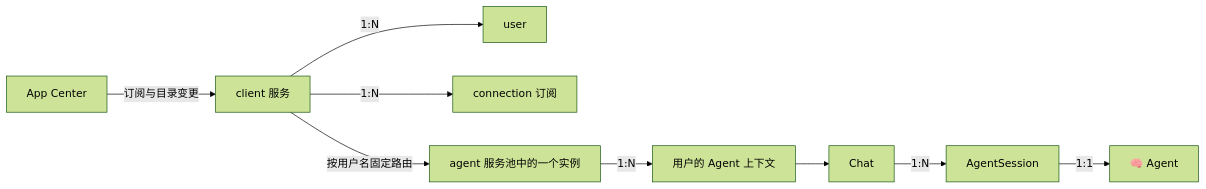
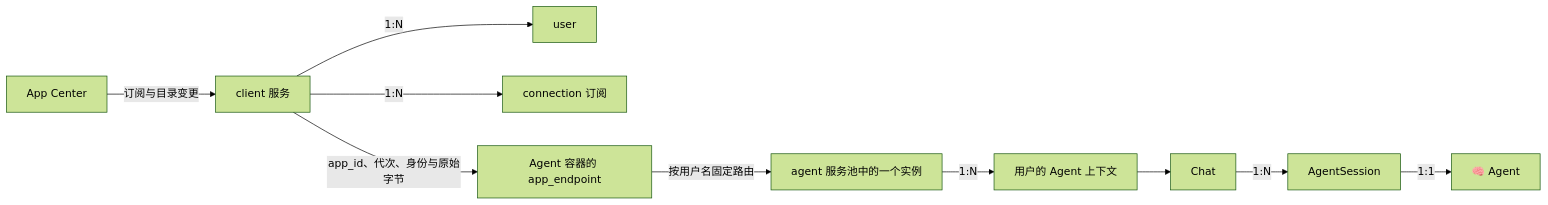
The first of 2 diagrams in docs/architecture/AGENT_GATEWAY.md (dingdalong/skynet_agent), drawn with Mermaid (forest theme) before and after one commit. The commit also changed other lines of this file and 94 other files, not shown here.

````diff
--- a/docs/architecture/AGENT_GATEWAY.md
+++ b/docs/architecture/AGENT_GATEWAY.md
@@ -28,11 +28,12 @@
 ```mermaid
 flowchart LR
     Registry["App Center"] -->|"订阅与目录变更"| C["client 服务"]
     C -->|"1:N"| U["user"]
     C -->|"1:N"| N["connection 订阅"]
-    C -->|"按用户名固定路由"| P["agent 服务池中的一个实例"]
+    C -->|"app_id、代次、身份与原始字节"| E["Agent 容器的 app_endpoint"]
+    E -->|"按用户名固定路由"| P["agent 服务池中的一个实例"]
     P -->|"1:N"| B["用户的 Agent 上下文"]
     B --> H["Chat"]
     H -->|"1:N"| S["AgentSession"]
     S -->|"1:1"| A["🧠 Agent"]
 ```
````
